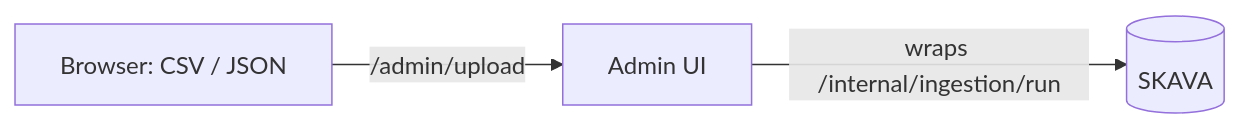
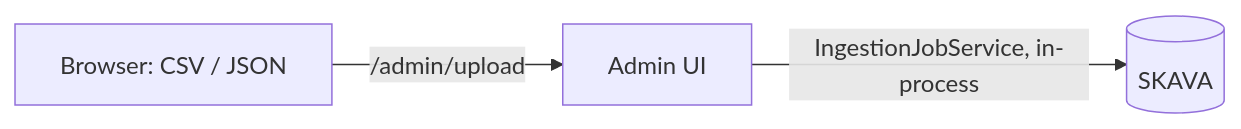
One commit to VisIVOLab/SKAVA changed the second of 10 diagrams in docs/architecture/data-flow.md. Above: the diagram before and after it, drawn with Mermaid. The commit also changed other lines of this file and 95 other files, not shown here.

````diff
--- a/docs/architecture/data-flow.md
+++ b/docs/architecture/data-flow.md
@@ -27,5 +28,5 @@
 ```{mermaid}
 flowchart LR
     A[Browser: CSV / JSON] -->|/admin/upload| B[Admin UI]
-    B -->|wraps /internal/ingestion/run| C[(SKAVA)]
+    B -->|IngestionJobService, in-process| C[(SKAVA)]
 ```
````
